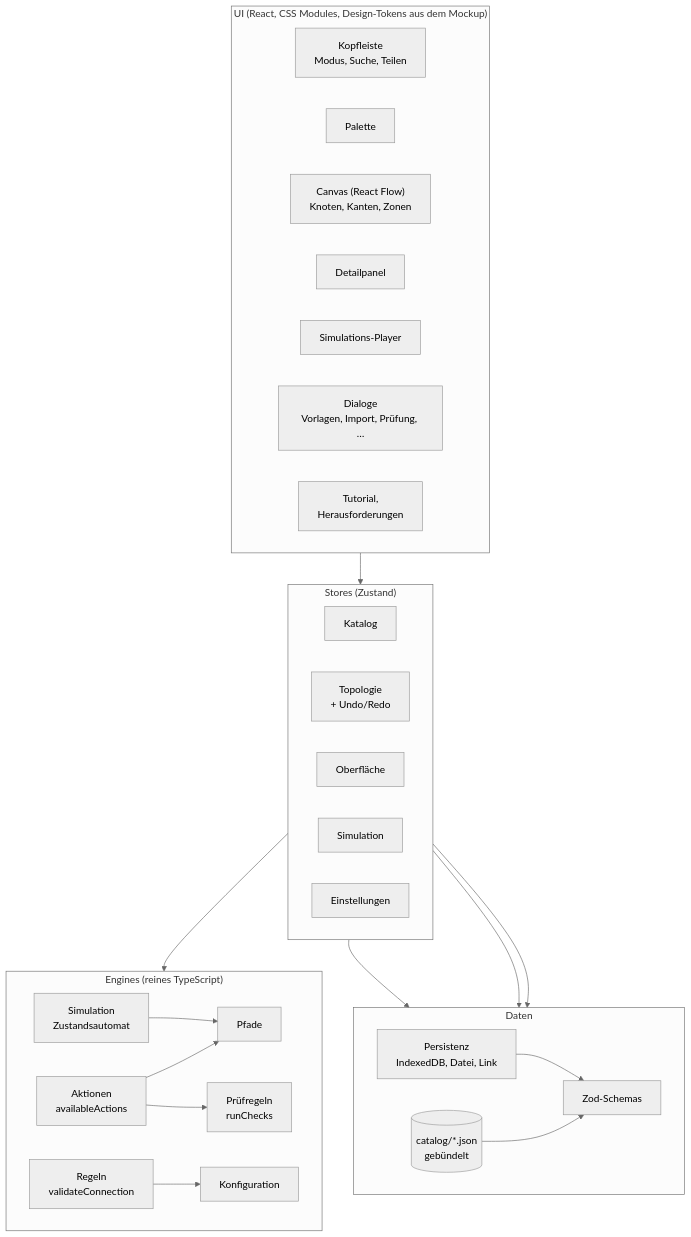
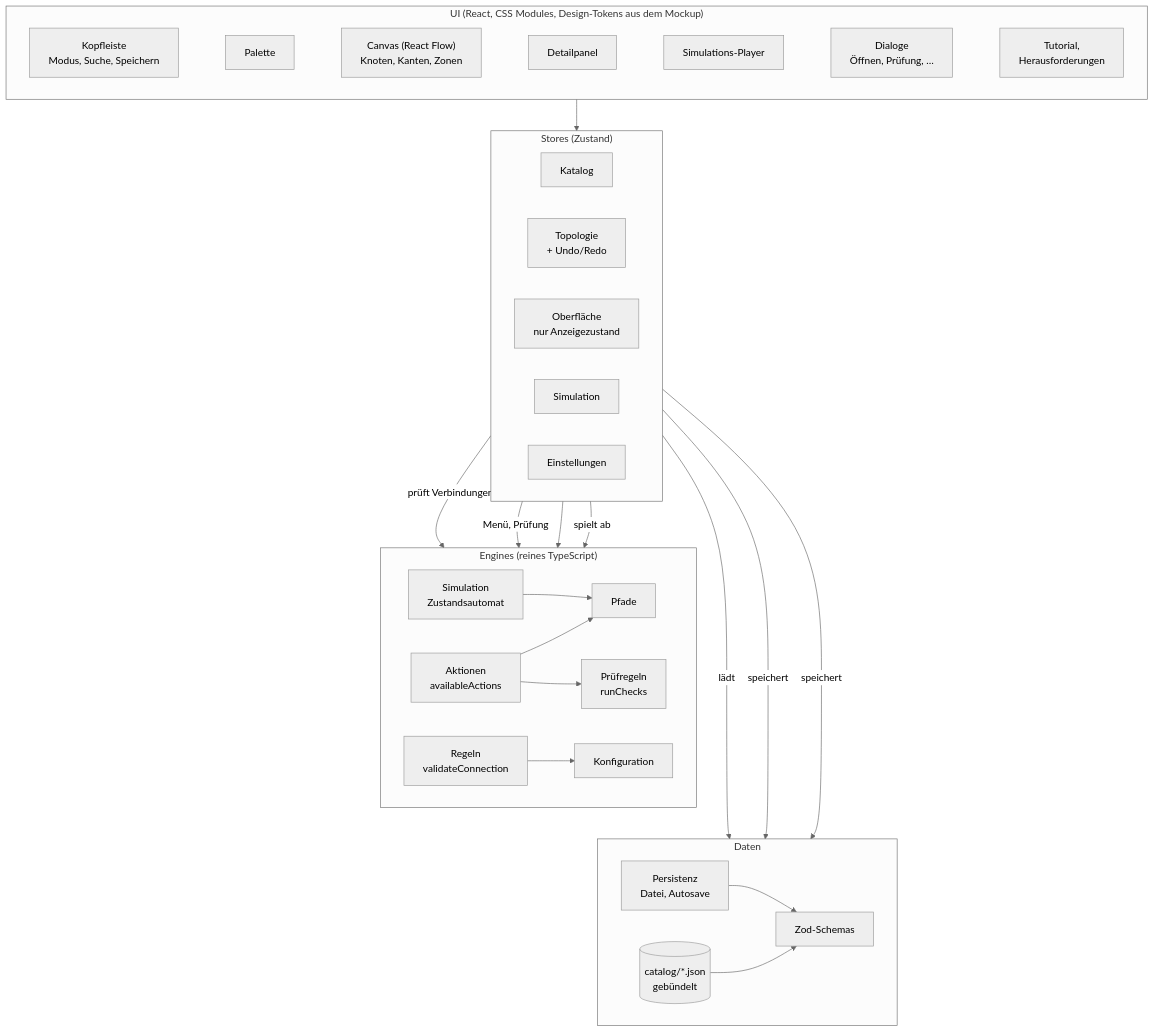
Before and after one commit to jurie2000/ti-visualizer: the second of 10 diagrams in specs/001-ti-visualizer-baukasten/architektur.md, drawn with Mermaid (neutral theme). The commit also changed other lines of this file and 8 other files, not shown here.

First line of the commit message:
Docs: Architektur überarbeitet, Speichern nur als Datei, Textbereinigung

````diff
--- a/specs/001-ti-visualizer-baukasten/architektur.md
+++ b/specs/001-ti-visualizer-baukasten/architektur.md
@@ -57,51 +75,62 @@
 ```mermaid
 flowchart TB
     subgraph ui["UI (React, CSS Modules, Design-Tokens aus dem Mockup)"]
         direction LR
-        header["Kopfleiste<br/>Modus, Suche, Teilen"]
+        header["Kopfleiste<br/>Modus, Suche, Speichern"]
         palette["Palette"]
         canvas["Canvas (React Flow)<br/>Knoten, Kanten, Zonen"]
         detail["Detailpanel"]
         player["Simulations-Player"]
-        dialogs["Dialoge<br/>Vorlagen, Import, Prüfung, …"]
+        dialogs["Dialoge<br/>Öffnen, Prüfung, …"]
         learn["Tutorial,<br/>Herausforderungen"]
     end
 
     subgraph stores["Stores (Zustand)"]
         direction LR
         sCat["Katalog"]
         sTopo["Topologie<br/>+ Undo/Redo"]
-        sUi["Oberfläche"]
+        sUi["Oberfläche<br/>nur Anzeigezustand"]
         sSim["Simulation"]
         sSet["Einstellungen"]
     end
 
     subgraph engine["Engines (reines TypeScript)"]
         direction LR
         eRules["Regeln<br/>validateConnection"]
         ePath["Pfade"]
         eAct["Aktionen<br/>availableActions"]
         eSim["Simulation<br/>Zustandsautomat"]
         eChk["Prüfregeln<br/>runChecks"]
         eCfg["Konfiguration"]
     end
 
     subgraph data["Daten"]
         direction LR
         catalog[("catalog/*.json<br/>gebündelt")]
         schema["Zod-Schemas"]
-        persist["Persistenz<br/>IndexedDB, Datei, Link"]
+        persist["Persistenz<br/>Datei, Autosave"]
     end
 
+    header ~~~ palette ~~~ canvas ~~~ detail ~~~ player ~~~ dialogs ~~~ learn
+
     ui --> stores
-    stores --> engine
-    sCat --> catalog
-    sTopo --> persist
-    sSet --> persist
+    engine ~~~ data
+
+    sTopo -- "prüft Verbindungen" --> eRules
+    sTopo -- "Menü, Prüfung" --> eAct
+    sTopo --> eChk
+    sSim -- "spielt ab" --> eSim
+    sCat -- "lädt" --> catalog
+    sTopo -- "speichert" --> persist
+    sSet -- "speichert" --> persist
     persist --> schema
     catalog --> schema
     eAct --> ePath
     eSim --> ePath
     eAct --> eChk
     eRules --> eCfg
+
+    click eSim "#6-simulation" "Zustandsautomat der Simulation"
+    click eRules "#7-verbinden-prüfen" "Prüflogik beim Verbinden"
+    click persist "#4-speichern-und-öffnen" "Speichern und Öffnen"
 ```
````
